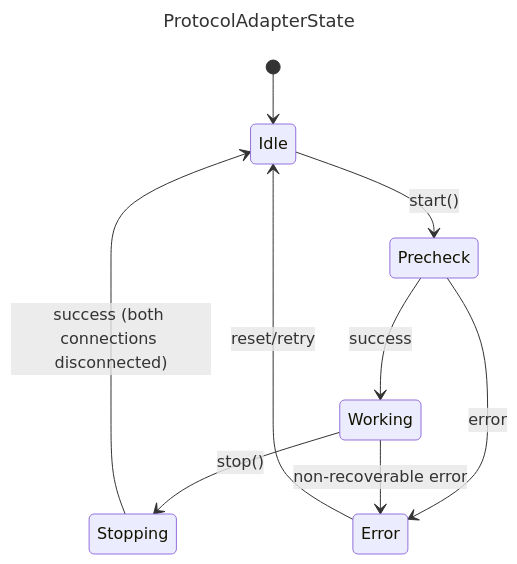
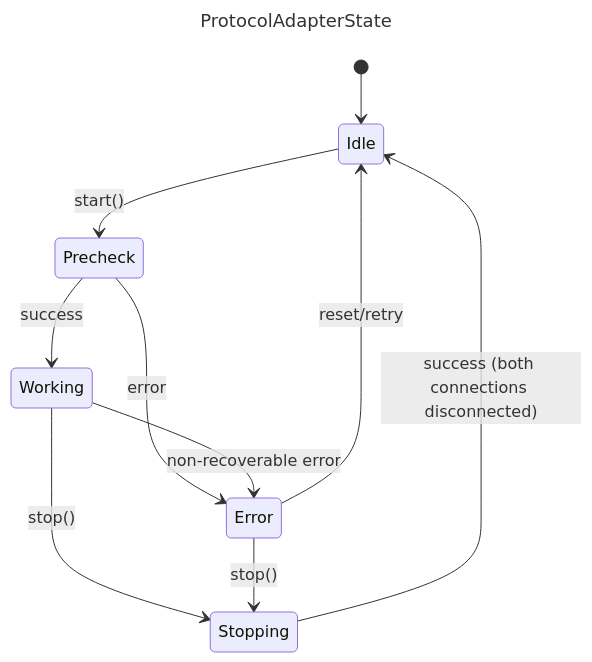
One commit to hivemq/hivemq-edge changed the second of 4 diagrams in hivemq-edge/src/main/java/com/hivemq/protocols/fsm/protocol-adapter-redesign-plan.md. Above: the diagram before and after it, drawn with Mermaid. The commit also changed other lines of this file and 5 other files, not shown here.

````diff
--- a/hivemq-edge/src/main/java/com/hivemq/protocols/fsm/protocol-adapter-redesign-plan.md
+++ b/hivemq-edge/src/main/java/com/hivemq/protocols/fsm/protocol-adapter-redesign-plan.md
@@ -125,14 +125,15 @@
 ```mermaid
 ---
 title: ProtocolAdapterState
 ---
 stateDiagram-v2
     [*] --> Idle
     Idle --> Precheck : start()
     Precheck --> Working : success
     Precheck --> Error : error
     Working --> Stopping : stop()
     Working --> Error : non-recoverable error
     Stopping --> Idle : success (both connections disconnected)
+    Error --> Stopping : stop()
     Error --> Idle : reset/retry
 ```
````
